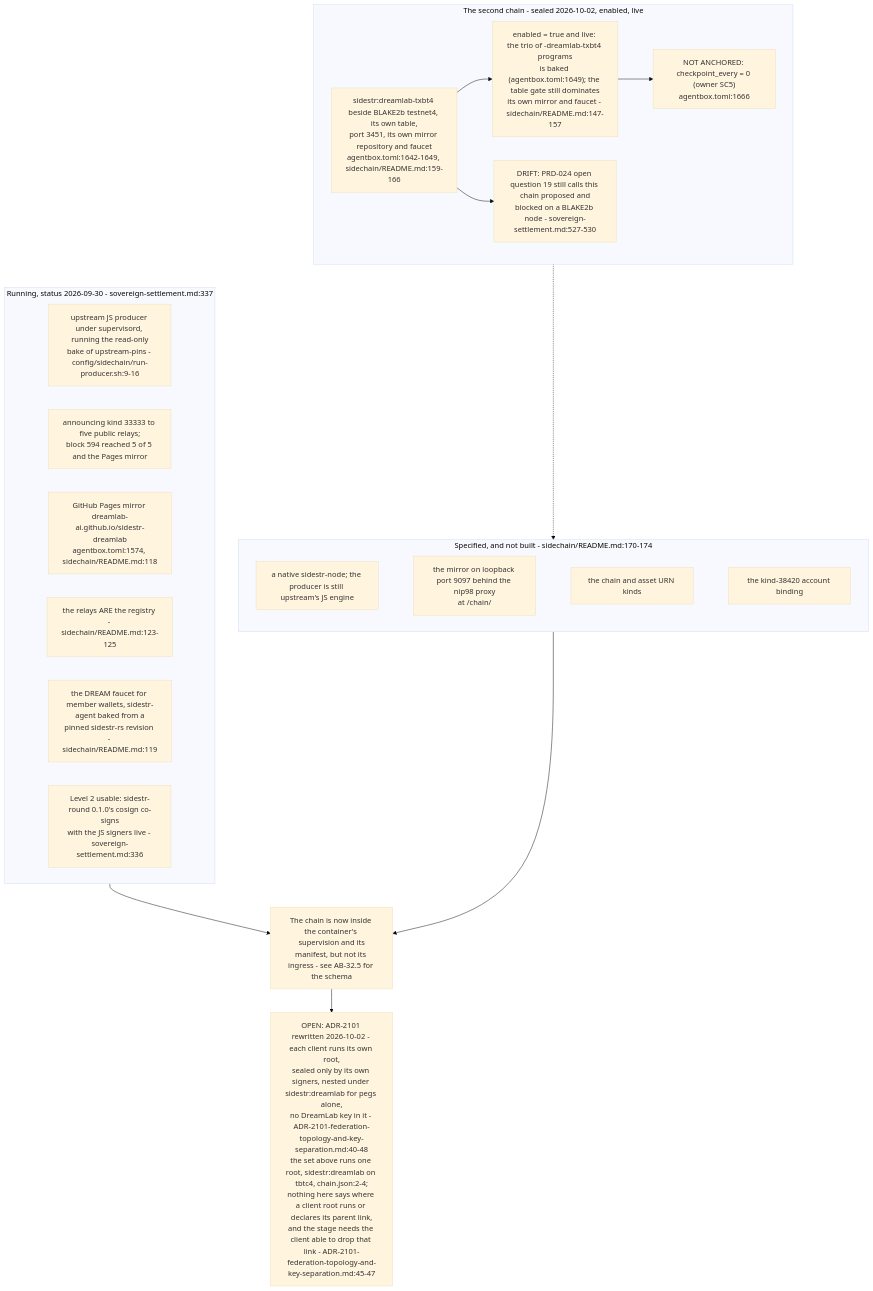
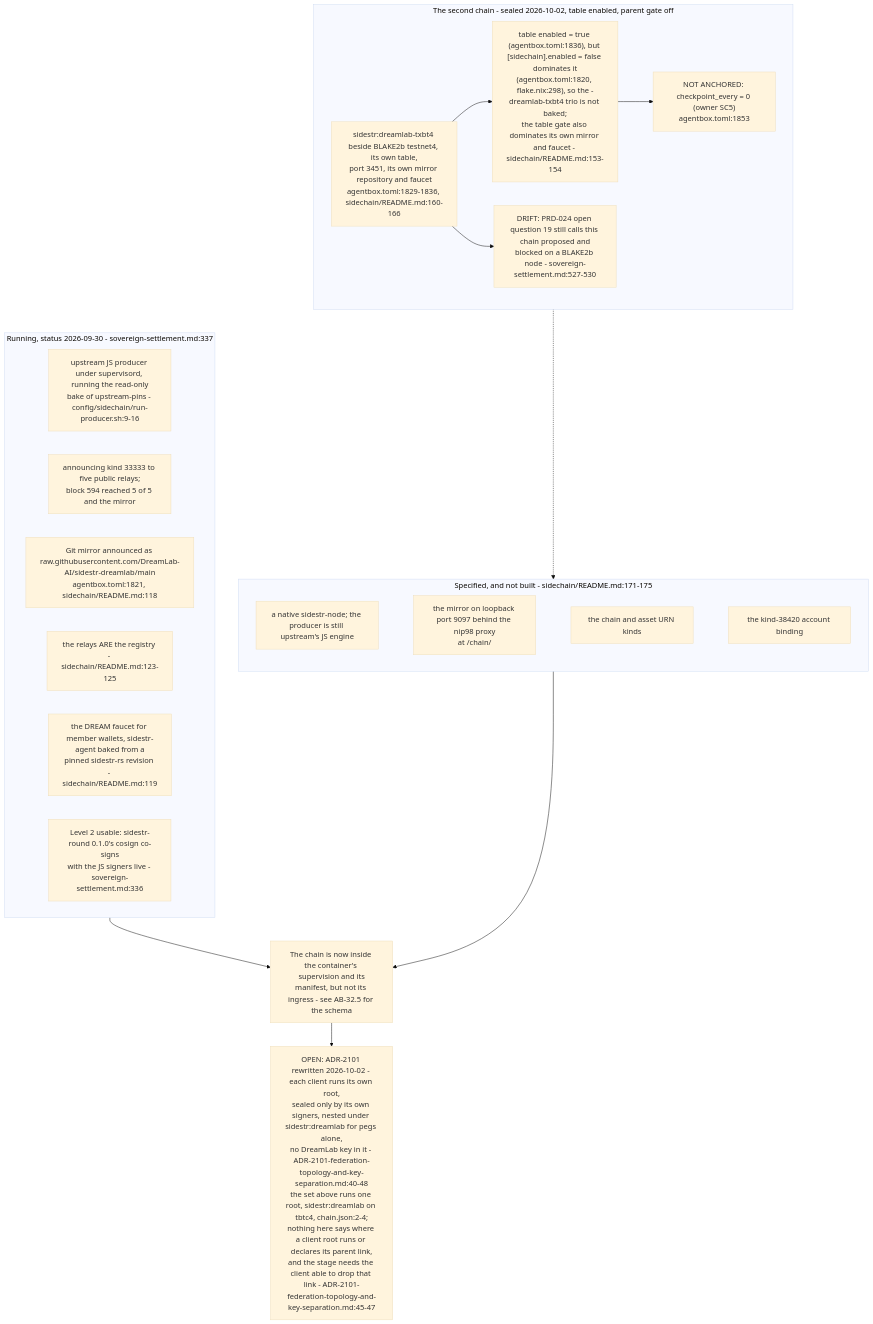
One commit to DreamLab-AI/VisionFlow changed the fifth of 6 diagrams in docs/diagrams/agentbox/34-sidestr-interim-producer-and-mirror.md. Above: the diagram before and after it, drawn with Mermaid (base theme). The commit also changed other lines of this file and 80 other files, not shown here.

First line of the commit message:
docs(diagrams): re-verify the agentbox, dreamlab, estate and visionflow corpus against current sources

````diff
--- a/docs/diagrams/agentbox/34-sidestr-interim-producer-and-mirror.md
+++ b/docs/diagrams/agentbox/34-sidestr-interim-producer-and-mirror.md
@@ -212,30 +212,30 @@
 ```mermaid
 flowchart TB
     subgraph now["Running, status 2026-09-30 - sovereign-settlement.md:337"]
         N1["upstream JS producer under supervisord, running the read-only<br/>bake of upstream-pins - config/sidechain/run-producer.sh:9-16"]
-        N2["announcing kind 33333 to five public relays;<br/>block 594 reached 5 of 5 and the Pages mirror"]
-        N3["GitHub Pages mirror dreamlab-ai.github.io/sidestr-dreamlab<br/>agentbox.toml:1574, sidechain/README.md:118"]
+        N2["announcing kind 33333 to five public relays;<br/>block 594 reached 5 of 5 and the mirror"]
+        N3["Git mirror announced as raw.githubusercontent.com/DreamLab-AI/sidestr-dreamlab/main<br/>agentbox.toml:1821, sidechain/README.md:118"]
         N4["the relays ARE the registry - sidechain/README.md:123-125"]
         N5["the DREAM faucet for member wallets, sidestr-agent baked from a<br/>pinned sidestr-rs revision - sidechain/README.md:119"]
         N6["Level 2 usable: sidestr-round 0.1.0's cosign co-signs<br/>with the JS signers live - sovereign-settlement.md:336"]
     end
-    subgraph spec["Specified, and not built - sidechain/README.md:170-174"]
+    subgraph spec["Specified, and not built - sidechain/README.md:171-175"]
         S2["a native sidestr-node; the producer is still upstream's JS engine"]
         S3["the mirror on loopback port 9097 behind the nip98 proxy<br/>at /chain/"]
         S4["the chain and asset URN kinds"]
         S5["the kind-38420 account binding"]
         S2 ~~~ S3 ~~~ S4 ~~~ S5
     end
-    subgraph next["The second chain - sealed 2026-10-02, enabled, live"]
-        X1["sidestr:dreamlab-txbt4 beside BLAKE2b testnet4, its own table,<br/>port 3451, its own mirror repository and faucet<br/>agentbox.toml:1642-1649, sidechain/README.md:159-166"]
-        X2["enabled = true and live: the trio of -dreamlab-txbt4 programs<br/>is baked (agentbox.toml:1649); the table gate still dominates<br/>its own mirror and faucet - sidechain/README.md:147-157"]
-        X3["NOT ANCHORED: checkpoint_every = 0 (owner SC5)<br/>agentbox.toml:1666"]
+    subgraph next["The second chain - sealed 2026-10-02, table enabled, parent gate off"]
+        X1["sidestr:dreamlab-txbt4 beside BLAKE2b testnet4, its own table,<br/>port 3451, its own mirror repository and faucet<br/>agentbox.toml:1829-1836, sidechain/README.md:160-166"]
+        X2["table enabled = true (agentbox.toml:1836), but [sidechain].enabled = false dominates it<br/>(agentbox.toml:1820, flake.nix:298), so the -dreamlab-txbt4 trio is not baked;<br/>the table gate also dominates its own mirror and faucet - sidechain/README.md:153-154"]
+        X3["NOT ANCHORED: checkpoint_every = 0 (owner SC5)<br/>agentbox.toml:1853"]
         X4["DRIFT: PRD-024 open question 19 still calls this chain proposed and<br/>blocked on a BLAKE2b node - sovereign-settlement.md:527-530"]
         X1 --> X2 --> X3
         X1 --> X4
     end
     now --> GAP["The chain is now inside the container's supervision and its<br/>manifest, but not its ingress - see AB-32.5 for the schema"]
     spec --> GAP
     next -.-> spec
     GAP --> FED["OPEN: ADR-2101 rewritten 2026-10-02 - each client runs its own root,<br/>sealed only by its own signers, nested under sidestr:dreamlab for pegs alone,<br/>no DreamLab key in it - ADR-2101-federation-topology-and-key-separation.md:40-48<br/>the set above runs one root, sidestr:dreamlab on tbtc4, chain.json:2-4;<br/>nothing here says where a client root runs or declares its parent link,<br/>and the stage needs the client able to drop that link - ADR-2101-federation-topology-and-key-separation.md:45-47"]
 ```
````
